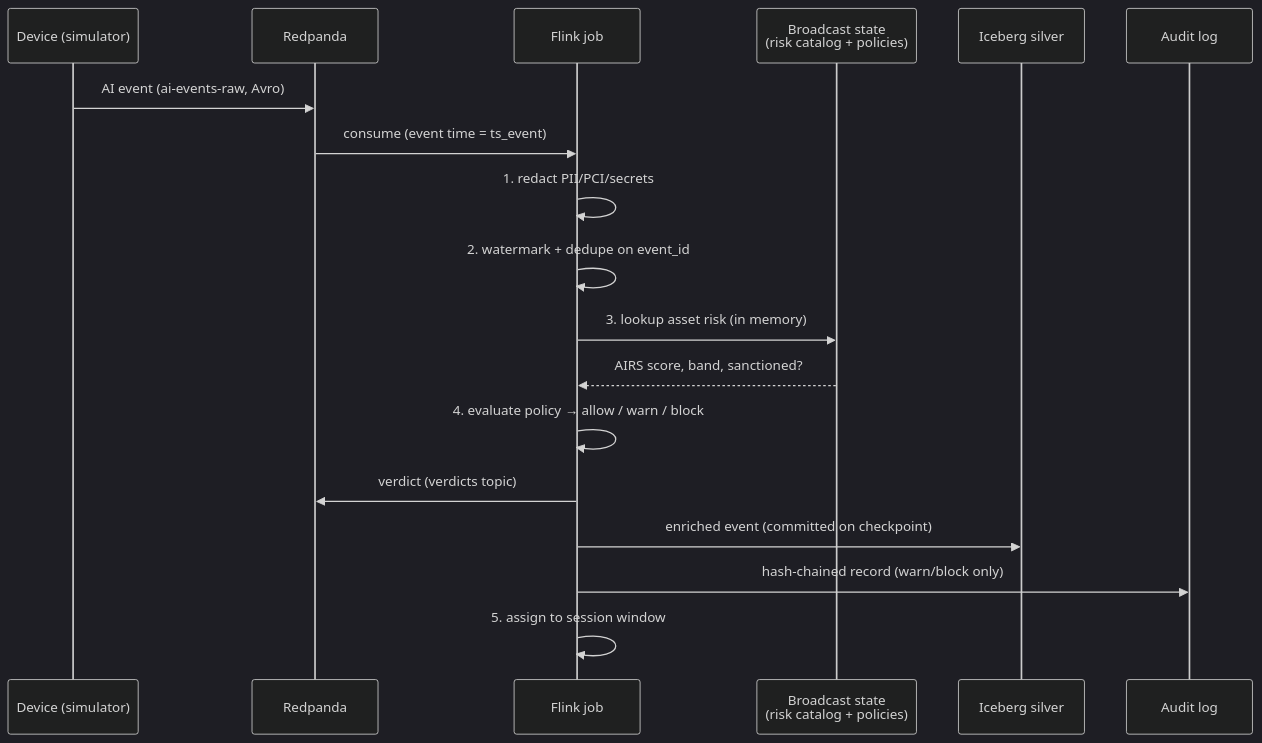
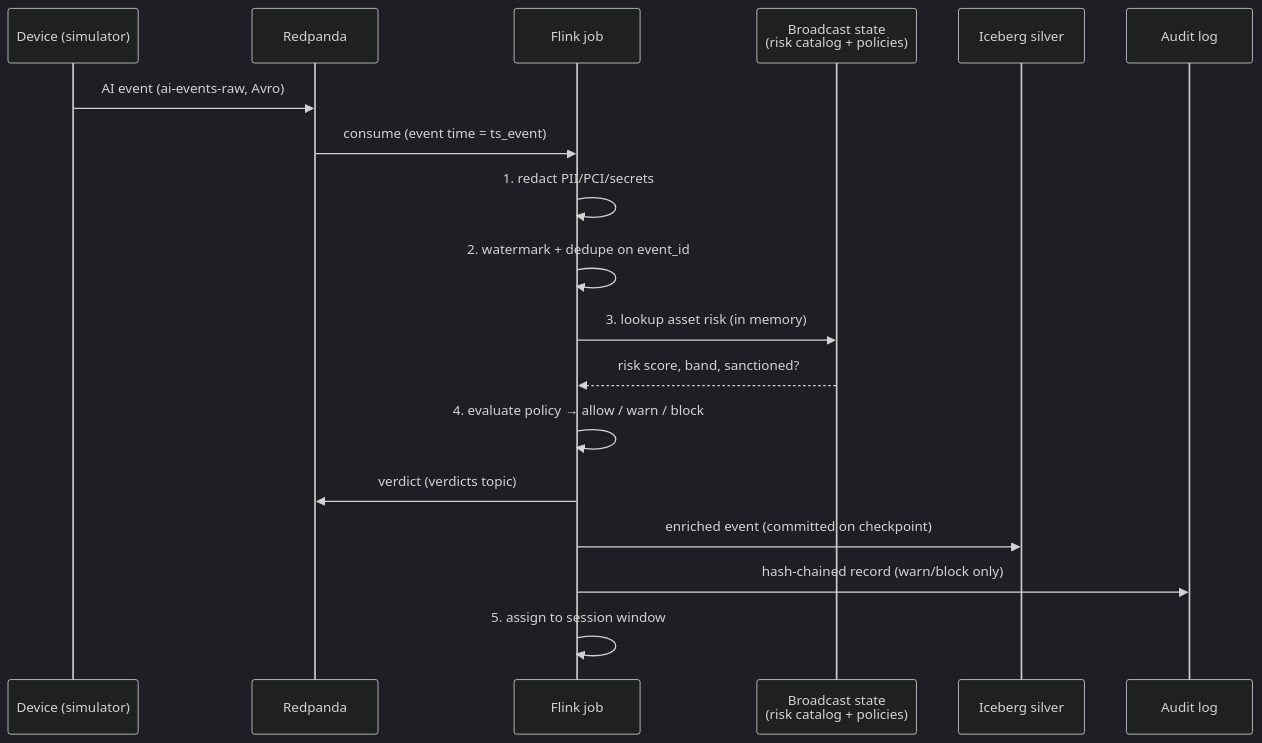
Before and after one commit to sayanah1121/AIRS-Lite-an-AI-Asset-Risk-Lakehouse: the third of 5 diagrams in docs/02-architecture.md, drawn with Mermaid (dark theme). The commit also changed other lines of this file and 104 other files, not shown here.

````diff
--- a/docs/02-architecture.md
+++ b/docs/02-architecture.md
@@ -120,21 +120,21 @@
 ```mermaid
 sequenceDiagram
     participant D as Device (simulator)
     participant R as Redpanda
     participant F as Flink job
     participant B as Broadcast state<br/>(risk catalog + policies)
     participant I as Iceberg silver
     participant A as Audit log
 
     D->>R: AI event (ai-events-raw, Avro)
     R->>F: consume (event time = ts_event)
     F->>F: 1. redact PII/PCI/secrets
     F->>F: 2. watermark + dedupe on event_id
     F->>B: 3. lookup asset risk (in memory)
-    B-->>F: AIRS score, band, sanctioned?
+    B-->>F: risk score, band, sanctioned?
     F->>F: 4. evaluate policy → allow / warn / block
     F->>R: verdict (verdicts topic)
     F->>I: enriched event (committed on checkpoint)
     F->>A: hash-chained record (warn/block only)
     F->>F: 5. assign to session window
 ```
````
